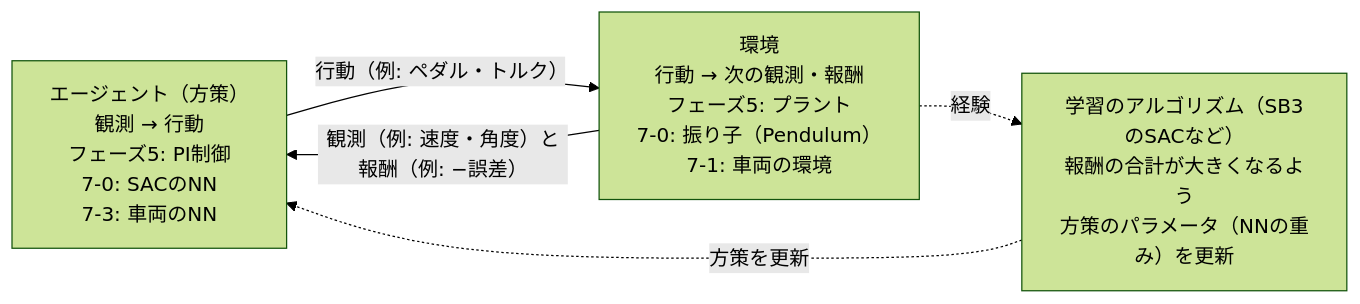
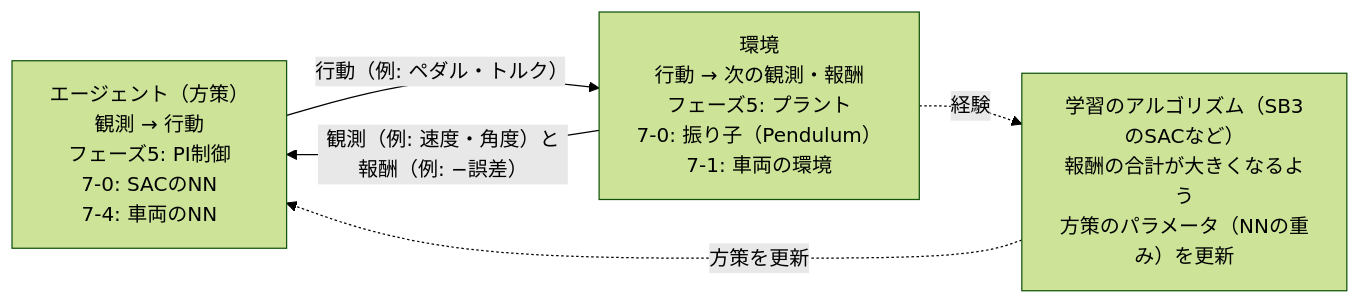
Before and after one commit to SanghunIm1991/ros2MinimalPhysicalAi: the diagram in docs/phase7_0_rl_intro.md, drawn with Mermaid (forest theme). The commit also changed other lines of this file and 13 other files, not shown here.

````diff
--- a/docs/phase7_0_rl_intro.md
+++ b/docs/phase7_0_rl_intro.md
@@ -36,10 +36,10 @@
 ```mermaid
 flowchart LR
-    AG["エージェント（方策）<br/>観測 → 行動<br/>フェーズ5: PI制御<br/>7-0: SACのNN<br/>7-3: 車両のNN"]
+    AG["エージェント（方策）<br/>観測 → 行動<br/>フェーズ5: PI制御<br/>7-0: SACのNN<br/>7-4: 車両のNN"]
     ENV["環境<br/>行動 → 次の観測・報酬<br/>フェーズ5: プラント<br/>7-0: 振り子（Pendulum）<br/>7-1: 車両の環境"]
     LEARN["学習のアルゴリズム（SB3のSACなど）<br/>報酬の合計が大きくなるよう<br/>方策のパラメータ（NNの重み）を更新"]
     AG -- "行動（例: ペダル・トルク）" --> ENV
     ENV -- "観測（例: 速度・角度）と報酬（例: −誤差）" --> AG
     ENV -. "経験" .-> LEARN
     LEARN -. "方策を更新" .-> AG
 ```
````
